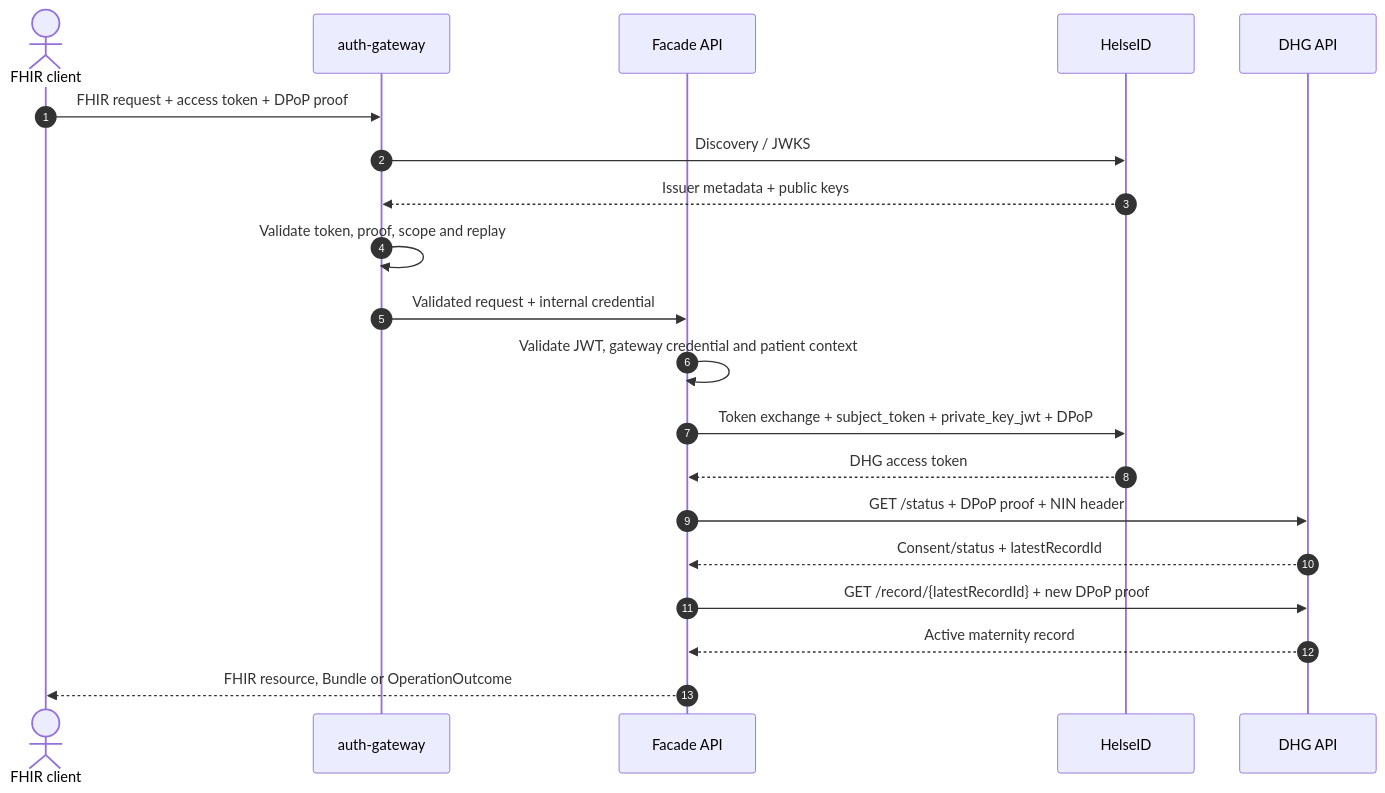
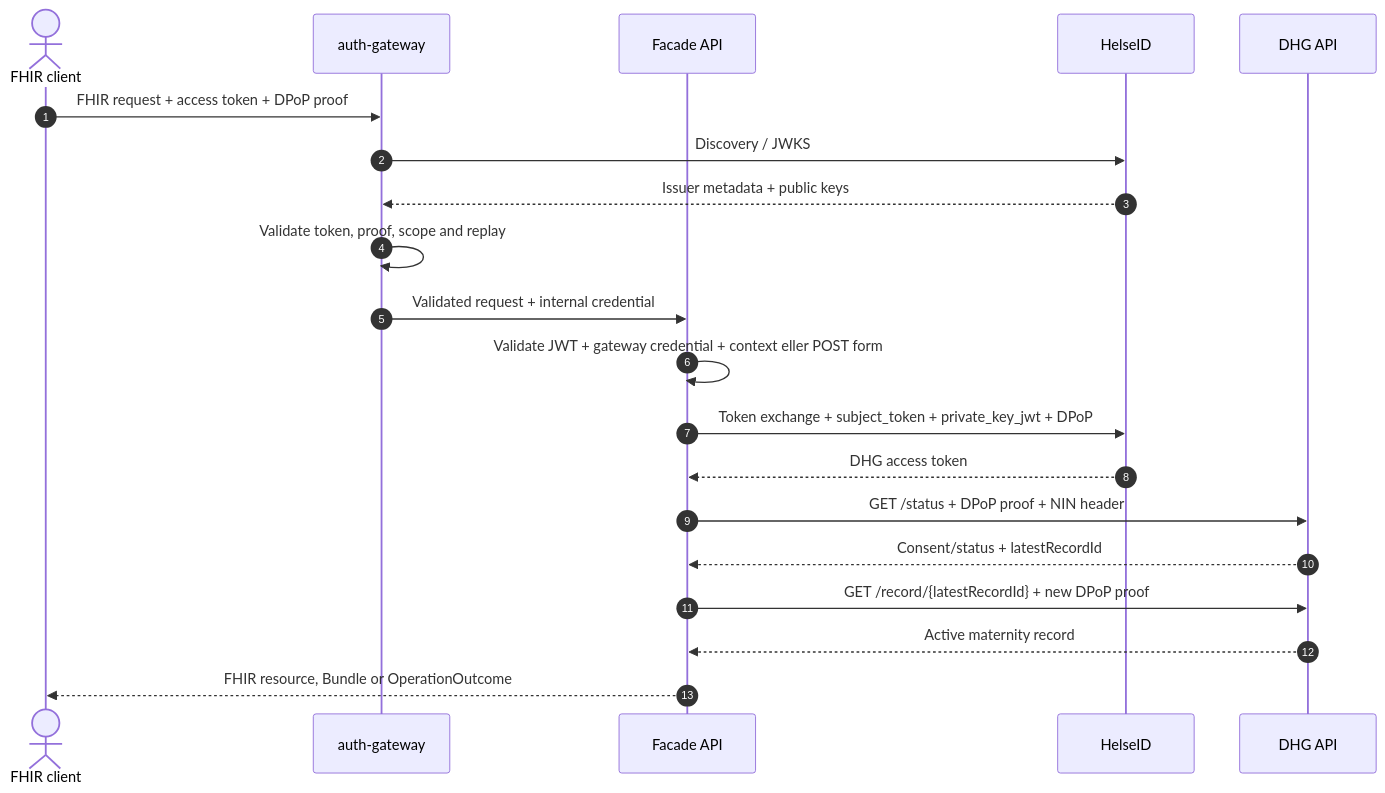
Before and after one commit to helgaarm/FhirGravidAPI: the diagram in docs/helseid-setup.md, drawn with Mermaid. The commit also changed other lines of this file and 18 other files, not shown here.

````diff
--- a/docs/helseid-setup.md
+++ b/docs/helseid-setup.md
@@ -22,23 +22,23 @@
 ```mermaid
 sequenceDiagram
     autonumber
     actor Client as FHIR client
     participant Gateway as auth-gateway
     participant Api as Facade API
     participant HelseID as HelseID
     participant DHG as DHG API
 
     Client->>Gateway: FHIR request + access token + DPoP proof
     Gateway->>HelseID: Discovery / JWKS
     HelseID-->>Gateway: Issuer metadata + public keys
     Gateway->>Gateway: Validate token, proof, scope and replay
     Gateway->>Api: Validated request + internal credential
-    Api->>Api: Validate JWT, gateway credential and patient context
+    Api->>Api: Validate JWT + gateway credential + context eller POST form
     Api->>HelseID: Token exchange + subject_token + private_key_jwt + DPoP
     HelseID-->>Api: DHG access token
     Api->>DHG: GET /status + DPoP proof + NIN header
     DHG-->>Api: Consent/status + latestRecordId
     Api->>DHG: GET /record/{latestRecordId} + new DPoP proof
     DHG-->>Api: Active maternity record
     Api-->>Client: FHIR resource, Bundle or OperationOutcome
 ```
````
